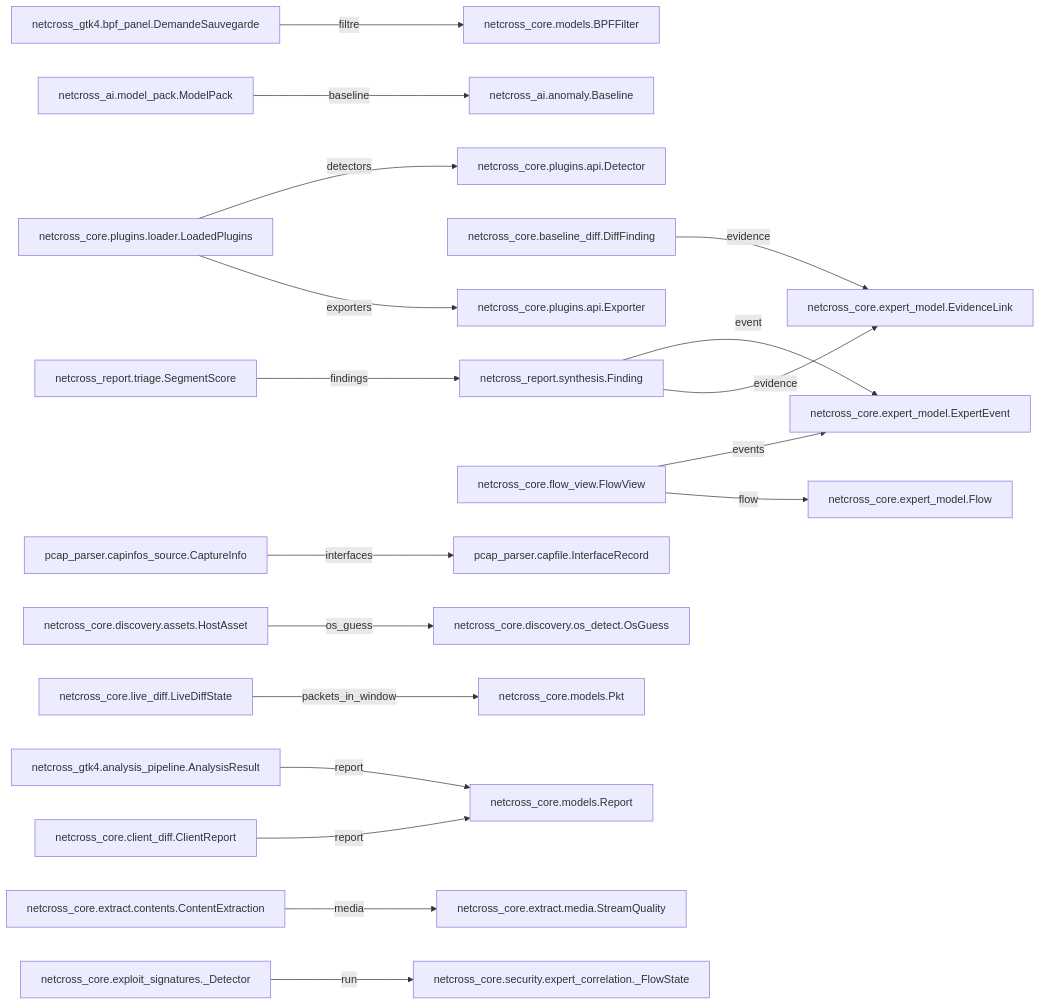
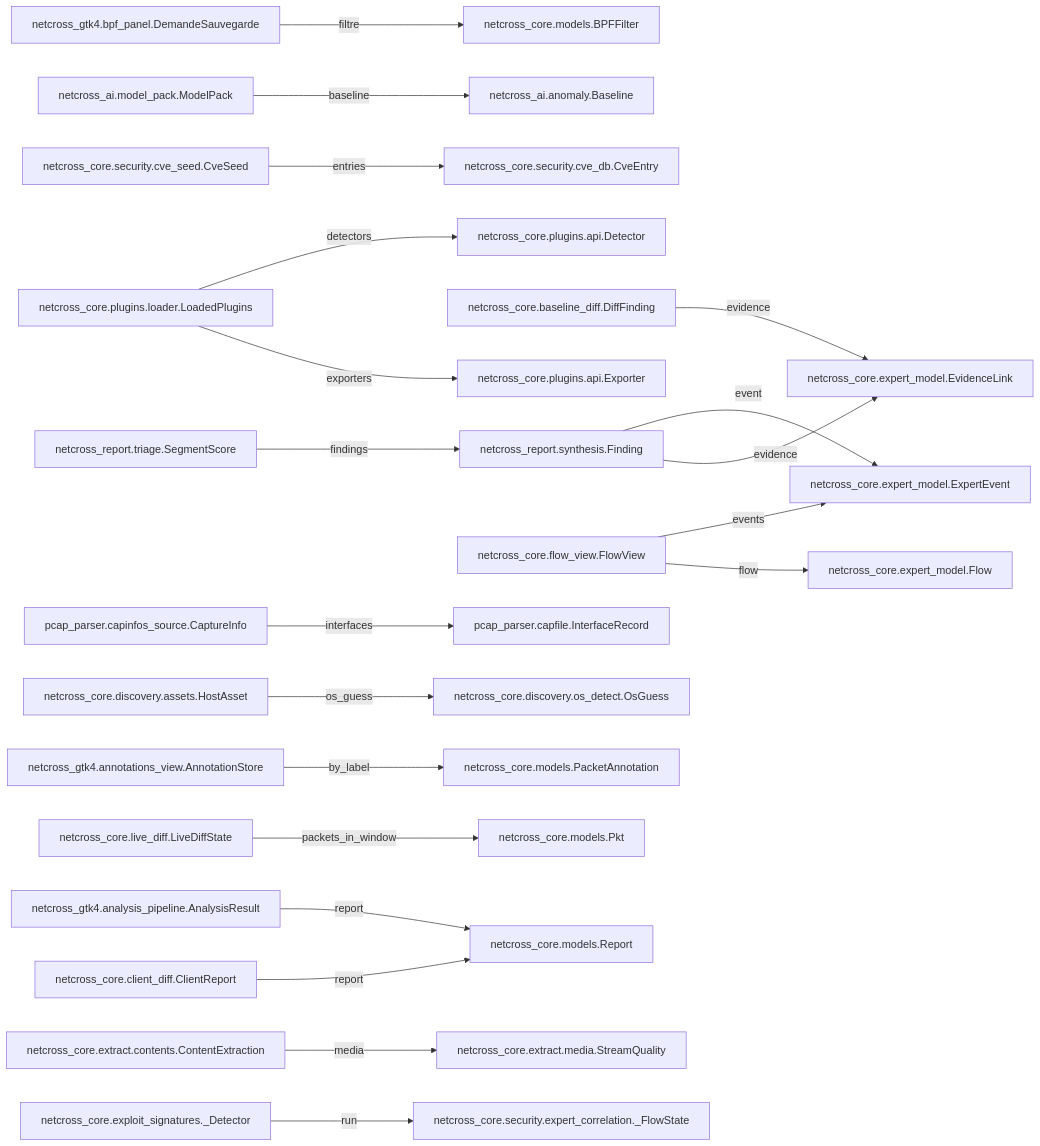
One commit to MathildeDec/Netcross changed the second of 19 diagrams in docs/class-diagram.md. Above: the diagram before and after it, drawn with Mermaid. The commit also changed other lines of this file and 178 other files, not shown here.

````diff
--- a/docs/class-diagram.md
+++ b/docs/class-diagram.md
@@ -55,47 +55,53 @@
 ```mermaid
 flowchart LR
     AnalysisResult["netcross_gtk4.analysis_pipeline.AnalysisResult"]
+    AnnotationStore["netcross_gtk4.annotations_view.AnnotationStore"]
     BPFFilter["netcross_core.models.BPFFilter"]
     Baseline["netcross_ai.anomaly.Baseline"]
     CaptureInfo["pcap_parser.capinfos_source.CaptureInfo"]
     ClientReport["netcross_core.client_diff.ClientReport"]
     ContentExtraction["netcross_core.extract.contents.ContentExtraction"]
+    CveEntry["netcross_core.security.cve_db.CveEntry"]
+    CveSeed["netcross_core.security.cve_seed.CveSeed"]
     DemandeSauvegarde["netcross_gtk4.bpf_panel.DemandeSauvegarde"]
     Detector["netcross_core.plugins.api.Detector"]
     DiffFinding["netcross_core.baseline_diff.DiffFinding"]
     EvidenceLink["netcross_core.expert_model.EvidenceLink"]
     ExpertEvent["netcross_core.expert_model.ExpertEvent"]
     Exporter["netcross_core.plugins.api.Exporter"]
     Finding["netcross_report.synthesis.Finding"]
     FlowView["netcross_core.flow_view.FlowView"]
     Flow["netcross_core.expert_model.Flow"]
     HostAsset["netcross_core.discovery.assets.HostAsset"]
     InterfaceRecord["pcap_parser.capfile.InterfaceRecord"]
     LiveDiffState["netcross_core.live_diff.LiveDiffState"]
     LoadedPlugins["netcross_core.plugins.loader.LoadedPlugins"]
     ModelPack["netcross_ai.model_pack.ModelPack"]
     OsGuess["netcross_core.discovery.os_detect.OsGuess"]
+    PacketAnnotation["netcross_core.models.PacketAnnotation"]
     Pkt["netcross_core.models.Pkt"]
     Report["netcross_core.models.Report"]
     SegmentScore["netcross_report.triage.SegmentScore"]
     StreamQuality["netcross_core.extract.media.StreamQuality"]
     _Detector["netcross_core.exploit_signatures._Detector"]
     netcross_core_security_expert_correlation__FlowState["netcross_core.security.expert_correlation._FlowState"]
     AnalysisResult -->|report| Report
+    AnnotationStore -->|by_label| PacketAnnotation
     CaptureInfo -->|interfaces| InterfaceRecord
     ClientReport -->|report| Report
     ContentExtraction -->|media| StreamQuality
+    CveSeed -->|entries| CveEntry
     DemandeSauvegarde -->|filtre| BPFFilter
     DiffFinding -->|evidence| EvidenceLink
     Finding -->|event| ExpertEvent
     Finding -->|evidence| EvidenceLink
     FlowView -->|events| ExpertEvent
     FlowView -->|flow| Flow
     HostAsset -->|os_guess| OsGuess
     LiveDiffState -->|packets_in_window| Pkt
     LoadedPlugins -->|detectors| Detector
     LoadedPlugins -->|exporters| Exporter
     ModelPack -->|baseline| Baseline
     SegmentScore -->|findings| Finding
     _Detector -->|run| netcross_core_security_expert_correlation__FlowState
 ```
````
